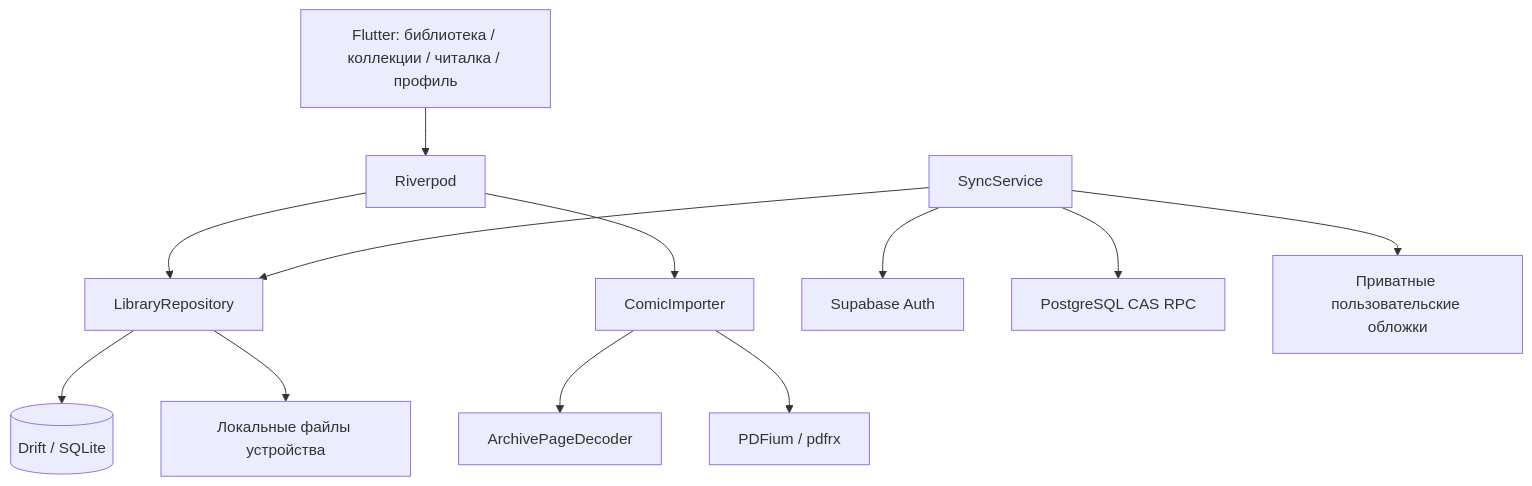
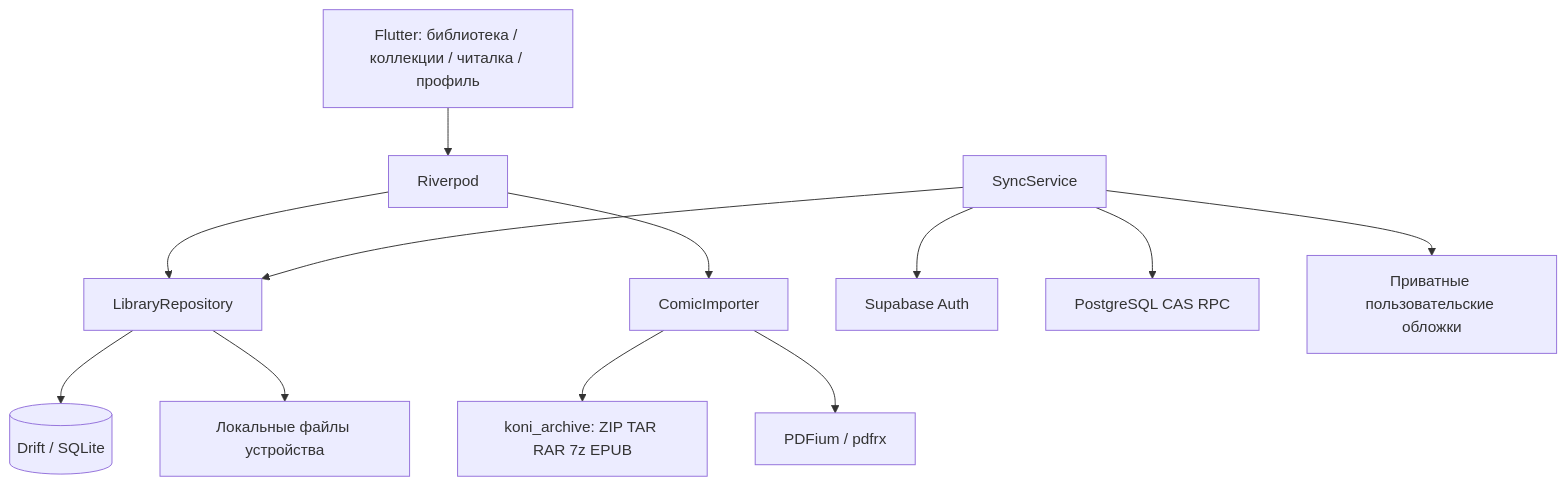
Before and after one commit to Odich228/Spider: the diagram in docs/architecture.md, drawn with Mermaid. The commit also changed other lines of this file and 40 other files, not shown here.

````diff
--- a/docs/architecture.md
+++ b/docs/architecture.md
@@ -7,14 +7,14 @@
 ```mermaid
 flowchart TD
     UI[Flutter: библиотека / коллекции / читалка / профиль] --> State[Riverpod]
     State --> Repository[LibraryRepository]
     State --> Import[ComicImporter]
-    Import --> Decoder[ArchivePageDecoder]
+    Import --> Decoder[koni_archive: ZIP TAR RAR 7z EPUB]
     Import --> PDF[PDFium / pdfrx]
     Repository --> DB[(Drift / SQLite)]
     Repository --> Files[Локальные файлы устройства]
     Sync[SyncService] --> Repository
     Sync --> Auth[Supabase Auth]
     Sync --> RPC[PostgreSQL CAS RPC]
     Sync --> Storage[Приватные пользовательские обложки]
 ```
````
